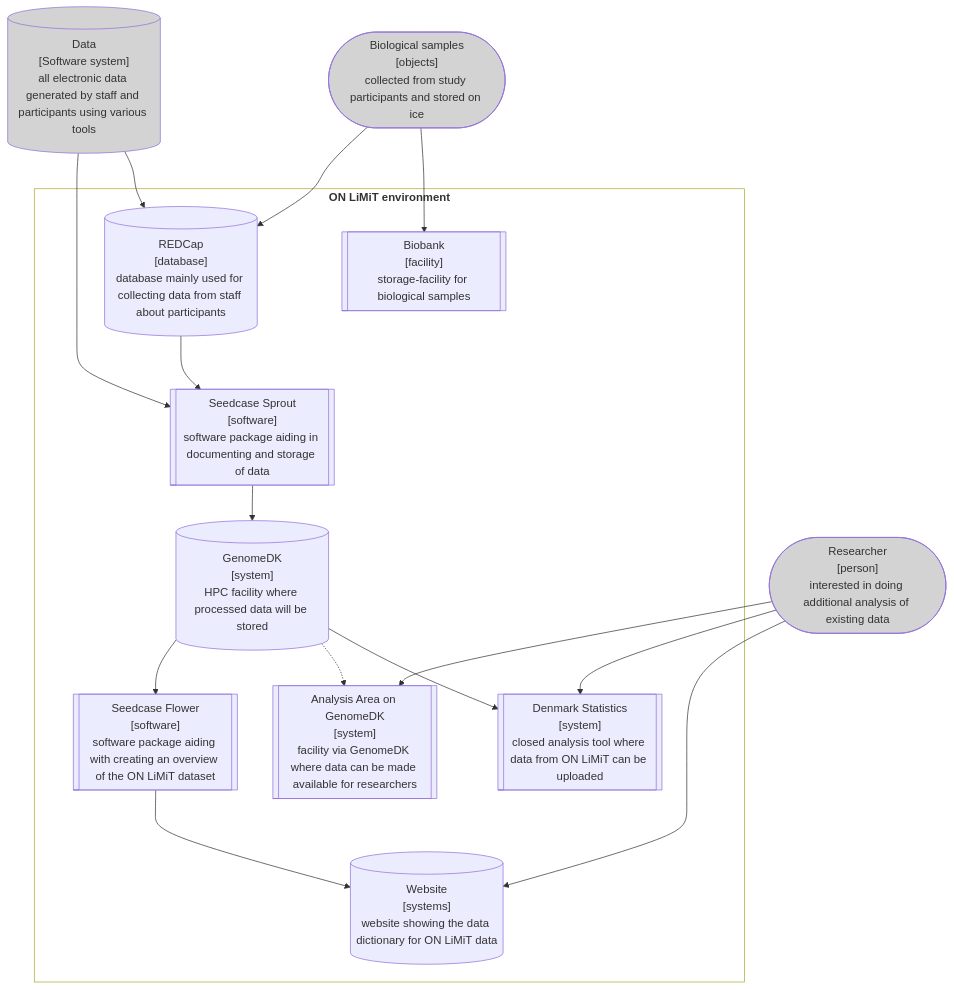
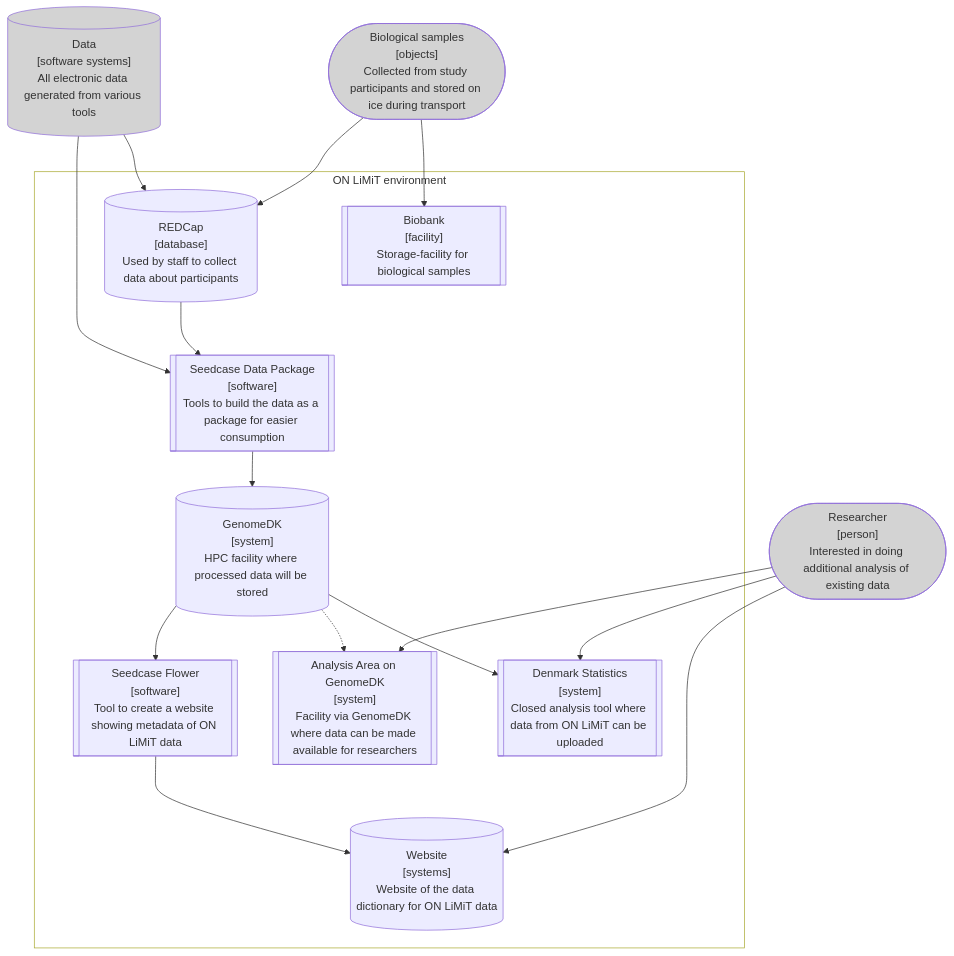
One commit to onlimit-study/dmp changed the second of 2 diagrams in sections/sources.qmd. Above: the diagram before and after it, drawn with Mermaid. The commit also changed other lines of this file, not shown here.

Commit message:
refactor: ♻️ revise data sources page during a review

````diff
--- a/sections/sources.qmd
+++ b/sections/sources.qmd
@@ -51,47 +58,47 @@
 ```{mermaid}
 %%| label: fig-c4-container
 %%| fig-cap: >-
-%%|   C4 Container diagram showing the main components of ON LiMiT data
-%%|   infrastructure, including data sources, storage, and analysis tools.
+%%|   Diagram showing the main components of ON LiMiT data infrastructure,
+%%|   including data sources, storage, and analysis tools.
 %%| fig-width: 100%
 
 flowchart TD
-Data[("Data<br>[Software system]<br>all electronic data generated by staff and participants using various tools" )]
-Samples(["Biological samples<br>[objects]<br>collected from study participants and stored on ice" ])
-Redcap[("REDCap<br>[database]<br>database mainly used for collecting data from staff about participants" )]
-Biobank[["Biobank<br>[facility]<br>storage-facility for biological samples" ]]
-Sprout[["Seedcase Sprout<br>[software]<br>software package aiding in documenting and storage of data" ]]
-Genome[("GenomeDK<br>[system]<br>HPC facility where processed data will be stored" )]
-Analysis[["Analysis Area on GenomeDK<br>[system]<br>facility via GenomeDK where data can be made available for researchers" ]]
-DS[["Denmark Statistics<br>[system]<br>closed analysis tool where data from ON LiMiT can be uploaded" ]]
-Flower[["Seedcase Flower<br>[software]<br>software package aiding with creating an overview of the ON LiMiT dataset" ]]
-Website[("Website<br>[systems]<br>website showing the data dictionary for ON LiMiT data" )]
-Researcher(["Researcher<br>[person]<br>interested in doing additional analysis of existing data" ])
+  Data[("Data<br>[software systems]<br>All electronic data generated from various tools" )]
+  Samples(["Biological samples<br>[objects]<br>Collected from study participants and stored on ice during transport"])
+  Redcap[("REDCap<br>[database]<br>Used by staff to collect data about participants")]
+  Biobank[["Biobank<br>[facility]<br>Storage-facility for biological samples"]]
+  Sprout[["Seedcase Data Package<br>[software]<br>Tools to build the data as a package for easier consumption"]]
+  Genome[("GenomeDK<br>[system]<br>HPC facility where processed data will be stored")]
+  Analysis[["Analysis Area on GenomeDK<br>[system]<br>Facility via GenomeDK where data can be made available for researchers"]]
+  DS[["Denmark Statistics<br>[system]<br>Closed analysis tool where data from ON LiMiT can be uploaded"]]
+  Flower[["Seedcase Flower<br>[software]<br>Tool to create a website showing metadata of ON LiMiT data"]]
+  Website[("Website<br>[systems]<br>Website of the data dictionary for ON LiMiT data")]
+  Researcher(["Researcher<br>[person]<br>Interested in doing additional analysis of existing data"])
 
-subgraph i1 [<b>ON LiMiT environment</b>]
-    Redcap --> Sprout
-    Biobank ~~~ Sprout
-    subgraph i2 [ ]
-        Sprout --> Genome
-        Genome --> Flower
-        Genome -.-> Analysis
-    end
-    Genome --> DS
-    Flower --> Website
-end
+  subgraph i1 [ON LiMiT environment]
+      Redcap --> Sprout
+      Biobank ~~~ Sprout
+      subgraph i2 [ ]
+          Sprout --> Genome
+          Genome --> Flower
+          Genome -.-> Analysis
+      end
+      Genome --> DS
+      Flower --> Website
+  end
 
-Data:::external --> Sprout
-Data --> Redcap
-i1:::system
-i2:::hidden
-Samples:::external --> Redcap
-Samples --> Biobank
-Researcher:::external
-Researcher --> DS
-Researcher --> Analysis
-Researcher --> Website
+  Data:::external --> Sprout
+  Data --> Redcap
+  i1:::system
+  i2:::hidden
+  Samples:::external --> Redcap
+  Samples --> Biobank
+  Researcher:::external
+  Researcher --> DS
+  Researcher --> Analysis
+  Researcher --> Website
 
-classDef system fill:none
-classDef external fill:lightgrey
-classDef hidden fill:none, stroke-width:0
+  classDef system fill:none
+  classDef external fill:lightgrey
+  classDef hidden fill:none, stroke-width:0
 ```
````
